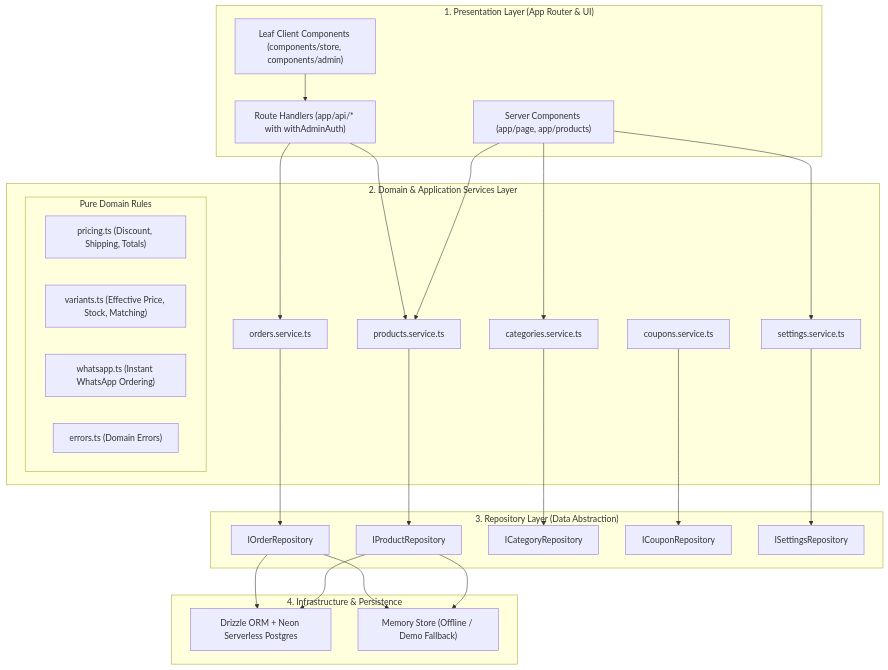
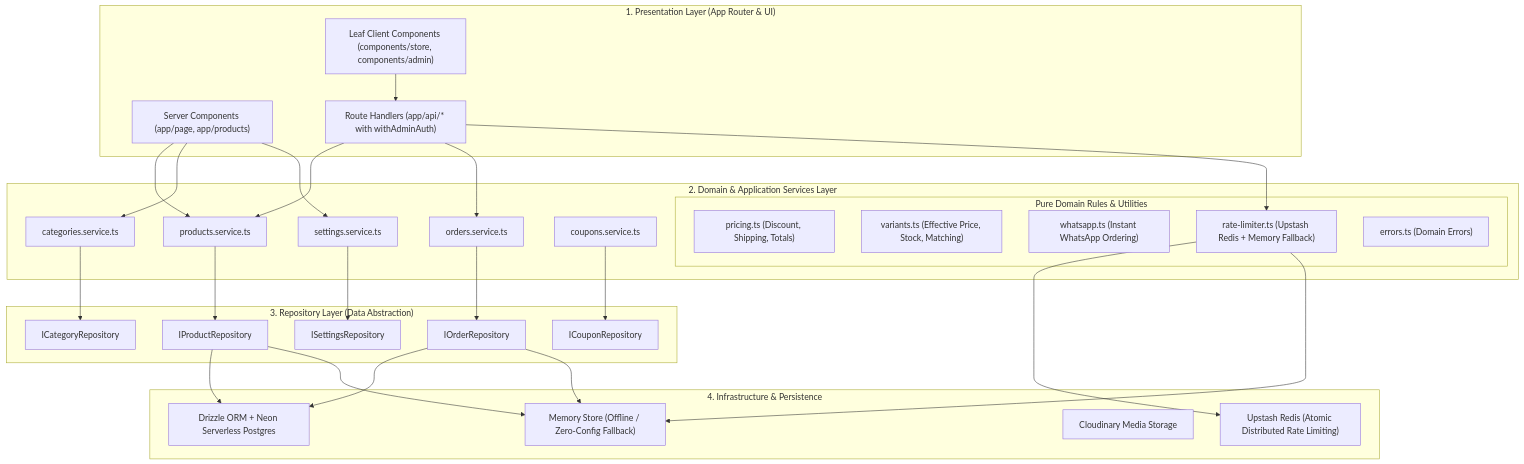
The first of 2 diagrams in README.md (galilio2023/giza-86), drawn with Mermaid before and after one commit. The commit also changed other lines of this file, not shown here.

Commit message:
docs: modernize README with Upstash Redis, Cloudinary, and architectural diagrams

````diff
--- a/README.md
+++ b/README.md
@@ -21,51 +35,57 @@
 ```mermaid
 graph TD
-    subgraph UI ["1. Presentation Layer (App Router & UI)"]
+    subgraph Presentation ["1. Presentation Layer (App Router & UI)"]
         SC["Server Components (app/page, app/products)"]
         CC["Leaf Client Components (components/store, components/admin)"]
         RH["Route Handlers (app/api/* with withAdminAuth)"]
     end
 
-    subgraph Service ["2. Domain & Application Services Layer"]
+    subgraph Domain ["2. Domain & Application Services Layer"]
         PS["products.service.ts"]
         OS["orders.service.ts"]
         CS["categories.service.ts"]
         CPS["coupons.service.ts"]
         SS["settings.service.ts"]
-        subgraph DomainLogic ["Pure Domain Rules"]
+        subgraph DomainRules ["Pure Domain Rules & Utilities"]
             PR["pricing.ts (Discount, Shipping, Totals)"]
             VR["variants.ts (Effective Price, Stock, Matching)"]
             WA["whatsapp.ts (Instant WhatsApp Ordering)"]
+            RL["rate-limiter.ts (Upstash Redis + Memory Fallback)"]
             ERR["errors.ts (Domain Errors)"]
         end
     end
 
-    subgraph Repo ["3. Repository Layer (Data Abstraction)"]
+    subgraph Repository ["3. Repository Layer (Data Abstraction)"]
         IPR["IProductRepository"]
         IOR["IOrderRepository"]
         ICR["ICategoryRepository"]
         ICPR["ICouponRepository"]
         ISR["ISettingsRepository"]
     end
 
-    subgraph Data ["4. Infrastructure & Persistence"]
+    subgraph Persistence ["4. Infrastructure & Persistence"]
         DRZ["Drizzle ORM + Neon Serverless Postgres"]
-        MEM["Memory Store (Offline / Demo Fallback)"]
+        REDIS["Upstash Redis (Atomic Distributed Rate Limiting)"]
+        CLD["Cloudinary Media Storage"]
+        MEM["Memory Store (Offline / Zero-Config Fallback)"]
     end
 
     SC --> PS
     SC --> CS
     SC --> SS
     CC --> RH
     RH --> PS
     RH --> OS
+    RH --> RL
     PS --> IPR
     OS --> IOR
     CS --> ICR
     CPS --> ICPR
     SS --> ISR
     IPR --> DRZ
     IPR --> MEM
     IOR --> DRZ
     IOR --> MEM
+    RL --> REDIS
+    RL --> MEM
 ```
````
